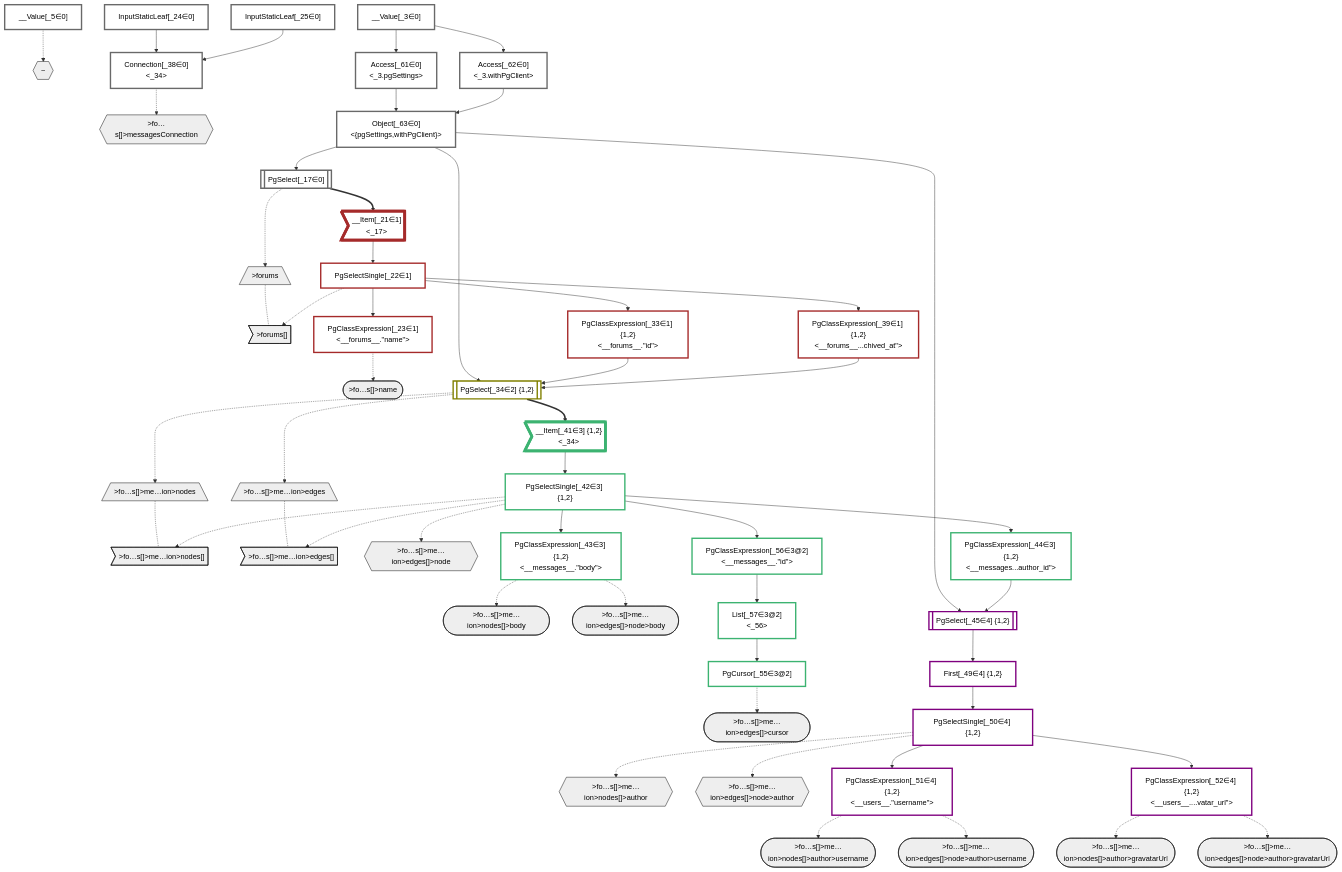
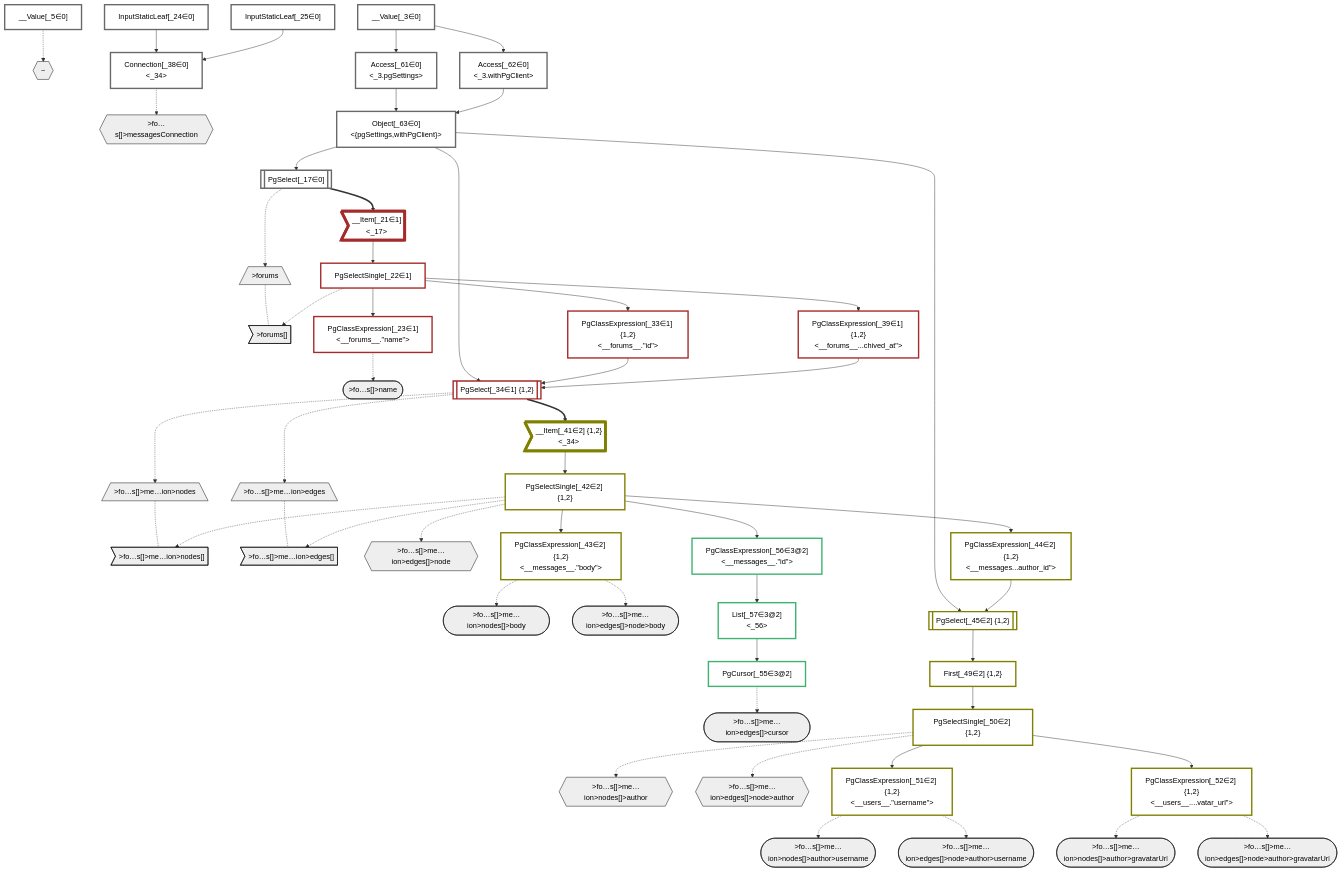
Before and after one commit to graphile/crystal: the diagram in packages/dataplan-pg/__tests__/queries/conditions/archived-forum-inherited-messages.defer-3.deopt.mermaid.md, drawn with Mermaid. The commit also changed 42 other files, not shown here.

````diff
--- a/packages/dataplan-pg/__tests__/queries/conditions/archived-forum-inherited-messages.defer-3.deopt.mermaid.md
+++ b/packages/dataplan-pg/__tests__/queries/conditions/archived-forum-inherited-messages.defer-3.deopt.mermaid.md
@@ -55,18 +55,18 @@
     InputStaticLeaf_24["InputStaticLeaf[_24∈0]"]:::plan
     InputStaticLeaf_25["InputStaticLeaf[_25∈0]"]:::plan
     PgClassExpression_33["PgClassExpression[_33∈1] {1,2}<br /><__forums__.#quot;id#quot;>"]:::plan
-    PgSelect_34[["PgSelect[_34∈2] {1,2}<br /><messages>"]]:::plan
+    PgSelect_34[["PgSelect[_34∈1] {1,2}<br /><messages>"]]:::plan
     Connection_38["Connection[_38∈0]<br /><_34>"]:::plan
     PgClassExpression_39["PgClassExpression[_39∈1] {1,2}<br /><__forums__...chived_at#quot;>"]:::plan
-    __Item_41>"__Item[_41∈3] {1,2}<br /><_34>"]:::itemplan
-    PgSelectSingle_42["PgSelectSingle[_42∈3] {1,2}<br /><messages>"]:::plan
-    PgClassExpression_43["PgClassExpression[_43∈3] {1,2}<br /><__messages__.#quot;body#quot;>"]:::plan
-    PgClassExpression_44["PgClassExpression[_44∈3] {1,2}<br /><__messages...author_id#quot;>"]:::plan
-    PgSelect_45[["PgSelect[_45∈4] {1,2}<br /><users>"]]:::plan
-    First_49["First[_49∈4] {1,2}"]:::plan
-    PgSelectSingle_50["PgSelectSingle[_50∈4] {1,2}<br /><users>"]:::plan
-    PgClassExpression_51["PgClassExpression[_51∈4] {1,2}<br /><__users__.#quot;username#quot;>"]:::plan
-    PgClassExpression_52["PgClassExpression[_52∈4] {1,2}<br /><__users__....vatar_url#quot;>"]:::plan
+    __Item_41>"__Item[_41∈2] {1,2}<br /><_34>"]:::itemplan
+    PgSelectSingle_42["PgSelectSingle[_42∈2] {1,2}<br /><messages>"]:::plan
+    PgClassExpression_43["PgClassExpression[_43∈2] {1,2}<br /><__messages__.#quot;body#quot;>"]:::plan
+    PgClassExpression_44["PgClassExpression[_44∈2] {1,2}<br /><__messages...author_id#quot;>"]:::plan
+    PgSelect_45[["PgSelect[_45∈2] {1,2}<br /><users>"]]:::plan
+    First_49["First[_49∈2] {1,2}"]:::plan
+    PgSelectSingle_50["PgSelectSingle[_50∈2] {1,2}<br /><users>"]:::plan
+    PgClassExpression_51["PgClassExpression[_51∈2] {1,2}<br /><__users__.#quot;username#quot;>"]:::plan
+    PgClassExpression_52["PgClassExpression[_52∈2] {1,2}<br /><__users__....vatar_url#quot;>"]:::plan
     PgCursor_55["PgCursor[_55∈3@2]"]:::plan
     PgClassExpression_56["PgClassExpression[_56∈3@2]<br /><__messages__.#quot;id#quot;>"]:::plan
     List_57["List[_57∈3@2]<br /><_56>"]:::plan
@@ -129,11 +129,9 @@
     classDef bucket0 stroke:#696969
     class __Value_3,__Value_5,PgSelect_17,InputStaticLeaf_24,InputStaticLeaf_25,Connection_38,Access_61,Access_62,Object_63 bucket0
     classDef bucket1 stroke:#a52a2a
-    class __Item_21,PgSelectSingle_22,PgClassExpression_23,PgClassExpression_33,PgClassExpression_39 bucket1
+    class __Item_21,PgSelectSingle_22,PgClassExpression_23,PgClassExpression_33,PgSelect_34,PgClassExpression_39 bucket1
     classDef bucket2 stroke:#808000
-    class PgSelect_34 bucket2
+    class __Item_41,PgSelectSingle_42,PgClassExpression_43,PgClassExpression_44,PgSelect_45,First_49,PgSelectSingle_50,PgClassExpression_51,PgClassExpression_52 bucket2
     classDef bucket3 stroke:#3cb371
-    class __Item_41,PgSelectSingle_42,PgClassExpression_43,PgClassExpression_44,PgCursor_55,PgClassExpression_56,List_57 bucket3
-    classDef bucket4 stroke:#7f007f
-    class PgSelect_45,First_49,PgSelectSingle_50,PgClassExpression_51,PgClassExpression_52 bucket4
+    class PgCursor_55,PgClassExpression_56,List_57 bucket3
 ```
````
